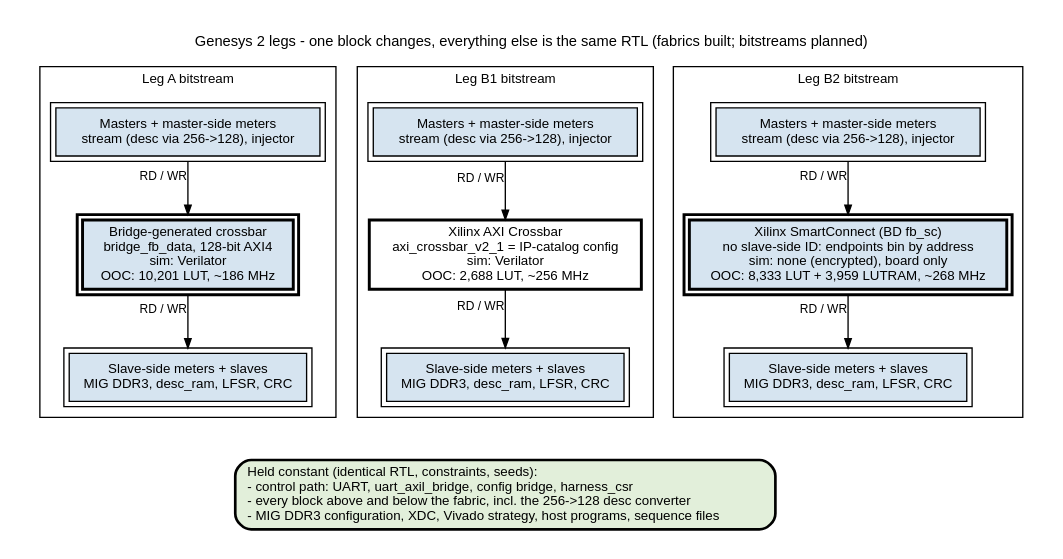
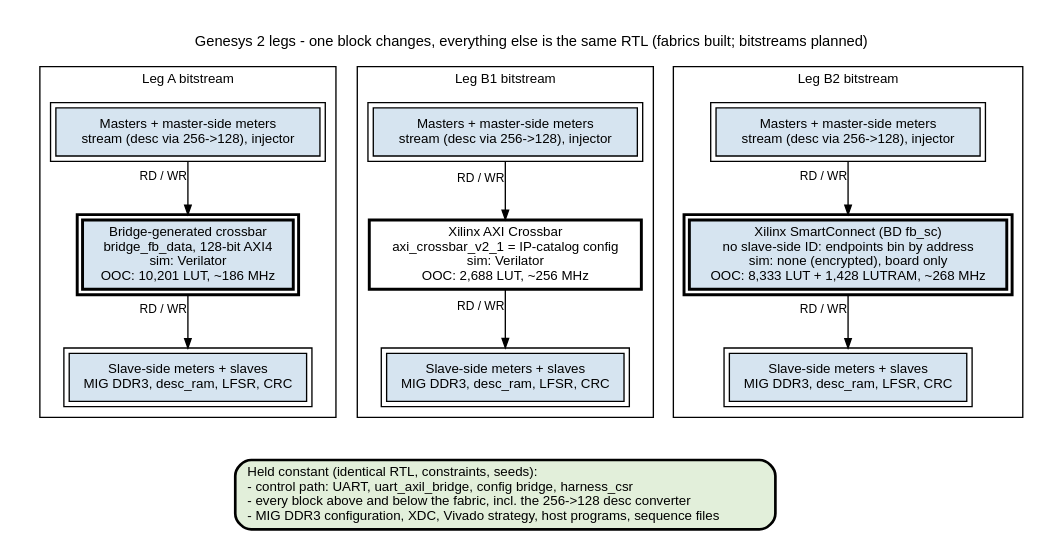
Before and after one commit to sean-galloway/RTLDesignSherpa: the diagram in projects/fpga-systems/Genesys2/fabric-benchmark/docs/assets/graphviz/k7_legs.dot, drawn with Graphviz. The commit also changed 9 other files, not shown here.

```diff
--- a/projects/fpga-systems/Genesys2/fabric-benchmark/docs/assets/graphviz/k7_legs.dot
+++ b/projects/fpga-systems/Genesys2/fabric-benchmark/docs/assets/graphviz/k7_legs.dot
@@ -1,41 +1,41 @@
 // Genesys 2 fabric benchmark - Leg A vs Leg B1 vs Leg B2: the one swap.
 // The three fabrics are generated and compared out of context (reports/ooc/);
 // the bitstreams around them are planned. Fabric labels carry the OOC numbers.
 // Everything outside the fabric instance is the same RTL in all three bitstreams.
 // House style: vault/handbook/authoring/block-diagrams.md.
 digraph k7_legs {
     graph [rankdir=TB, bgcolor="white", fontname="Helvetica", fontsize=11, nodesep="0.45", ranksep="0.55", splines=ortho, newrank=true, labelloc=t, labeljust=c, pad="0.2",
            label="Genesys 2 legs - one block changes, everything else is the same RTL (fabrics built; bitstreams planned)"];
     node  [fontname="Helvetica", fontsize=10, shape=box, style=filled, fillcolor="white", color="black", margin="0.12,0.06"];
     edge  [fontname="Helvetica", fontsize=9, color="black", arrowsize=0.7];
 
     subgraph cluster_a {
         label="Leg A bitstream"; fontsize=10;
         a_m [label="Masters + master-side meters\nstream (desc via 256->128), injector", peripheries=2, style="filled", fillcolor="#D6E4F0"];
         a_f [label="Bridge-generated crossbar\nbridge_fb_data, 128-bit AXI4\nsim: Verilator\nOOC: 10,201 LUT, ~186 MHz", penwidth=2.2, peripheries=2, style="filled", fillcolor="#D6E4F0"];
         a_s [label="Slave-side meters + slaves\nMIG DDR3, desc_ram, LFSR, CRC", peripheries=2, style="filled", fillcolor="#D6E4F0"];
         a_m -> a_f [xlabel="RD / WR"];
         a_f -> a_s [xlabel="RD / WR"];
     }
     subgraph cluster_b1 {
         label="Leg B1 bitstream"; fontsize=10;
         b_m [label="Masters + master-side meters\nstream (desc via 256->128), injector", peripheries=2, style="filled", fillcolor="#D6E4F0"];
         b_f [label="Xilinx AXI Crossbar\naxi_crossbar_v2_1 = IP-catalog config\nsim: Verilator\nOOC: 2,688 LUT, ~256 MHz", penwidth=2.2, style="filled", fillcolor="white"];
         b_s [label="Slave-side meters + slaves\nMIG DDR3, desc_ram, LFSR, CRC", peripheries=2, style="filled", fillcolor="#D6E4F0"];
         b_m -> b_f [xlabel="RD / WR"];
         b_f -> b_s [xlabel="RD / WR"];
     }
     subgraph cluster_b2 {
         label="Leg B2 bitstream"; fontsize=10;
         c_m [label="Masters + master-side meters\nstream (desc via 256->128), injector", peripheries=2, style="filled", fillcolor="#D6E4F0"];
-        c_f [label="Xilinx SmartConnect (BD fb_sc)\nno slave-side ID: endpoints bin by address\nsim: none (encrypted), board only\nOOC: 8,333 LUT + 3,959 LUTRAM, ~268 MHz", penwidth=2.2, peripheries=2, style="filled", fillcolor="#D6E4F0"];
+        c_f [label="Xilinx SmartConnect (BD fb_sc)\nno slave-side ID: endpoints bin by address\nsim: none (encrypted), board only\nOOC: 8,333 LUT + 1,428 LUTRAM, ~268 MHz", penwidth=2.2, peripheries=2, style="filled", fillcolor="#D6E4F0"];
         c_s [label="Slave-side meters + slaves\nMIG DDR3, desc_ram, LFSR, CRC", peripheries=2, style="filled", fillcolor="#D6E4F0"];
         c_m -> c_f [xlabel="RD / WR"];
         c_f -> c_s [xlabel="RD / WR"];
     }
     same [label="Held constant (identical RTL, constraints, seeds):\l- control path: UART, uart_axil_bridge, config bridge, harness_csr\l- every block above and below the fabric, incl. the 256->128 desc converter\l- MIG DDR3 configuration, XDC, Vivado strategy, host programs, sequence files\l", fillcolor="white", style="rounded,filled,bold", fillcolor="#E2EFDA"];
     { rank=same; a_m; b_m; c_m; }
     { rank=same; a_f; b_f; c_f; }
     { rank=same; a_s; b_s; c_s; }
     b_s -> same [style=invis];
 }
```
